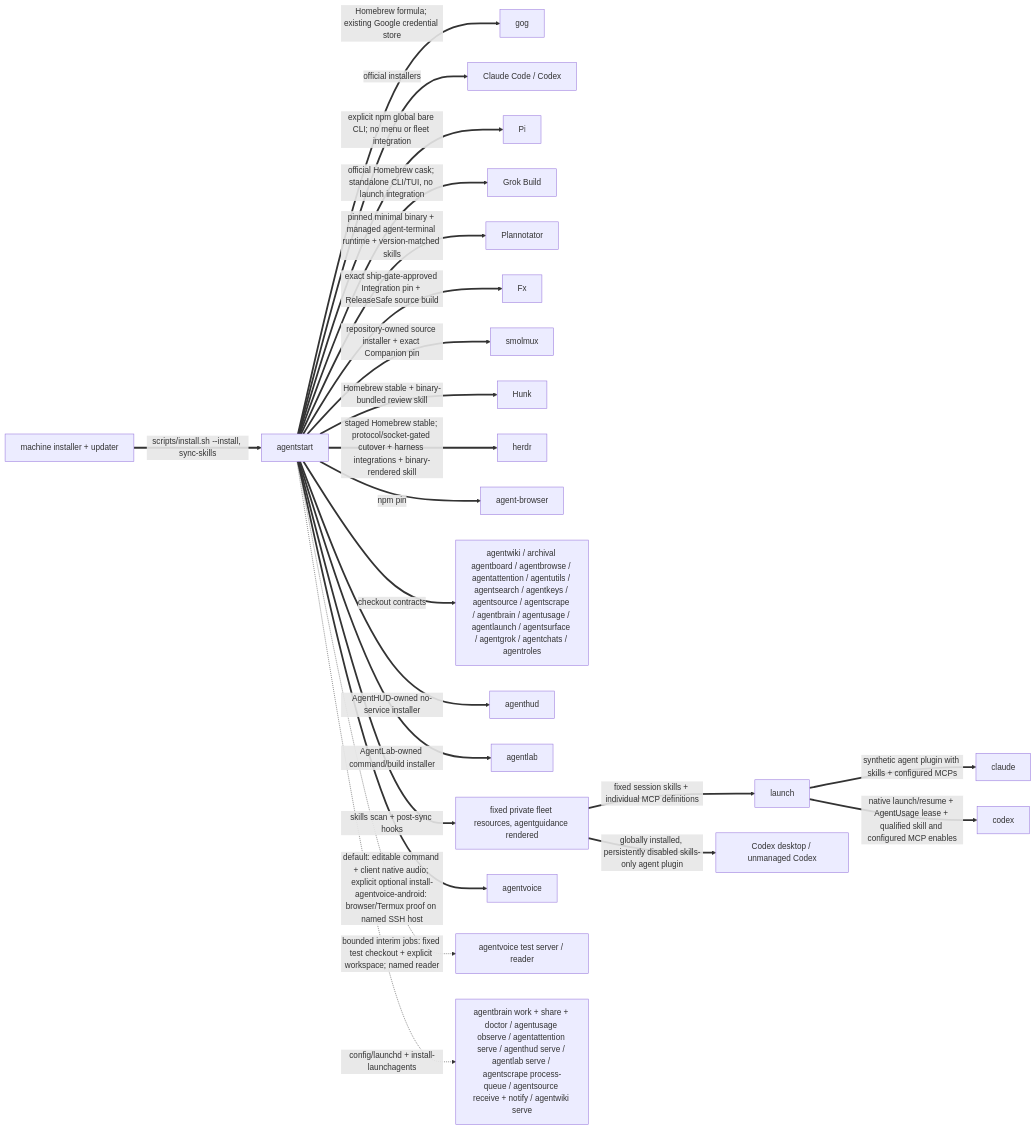
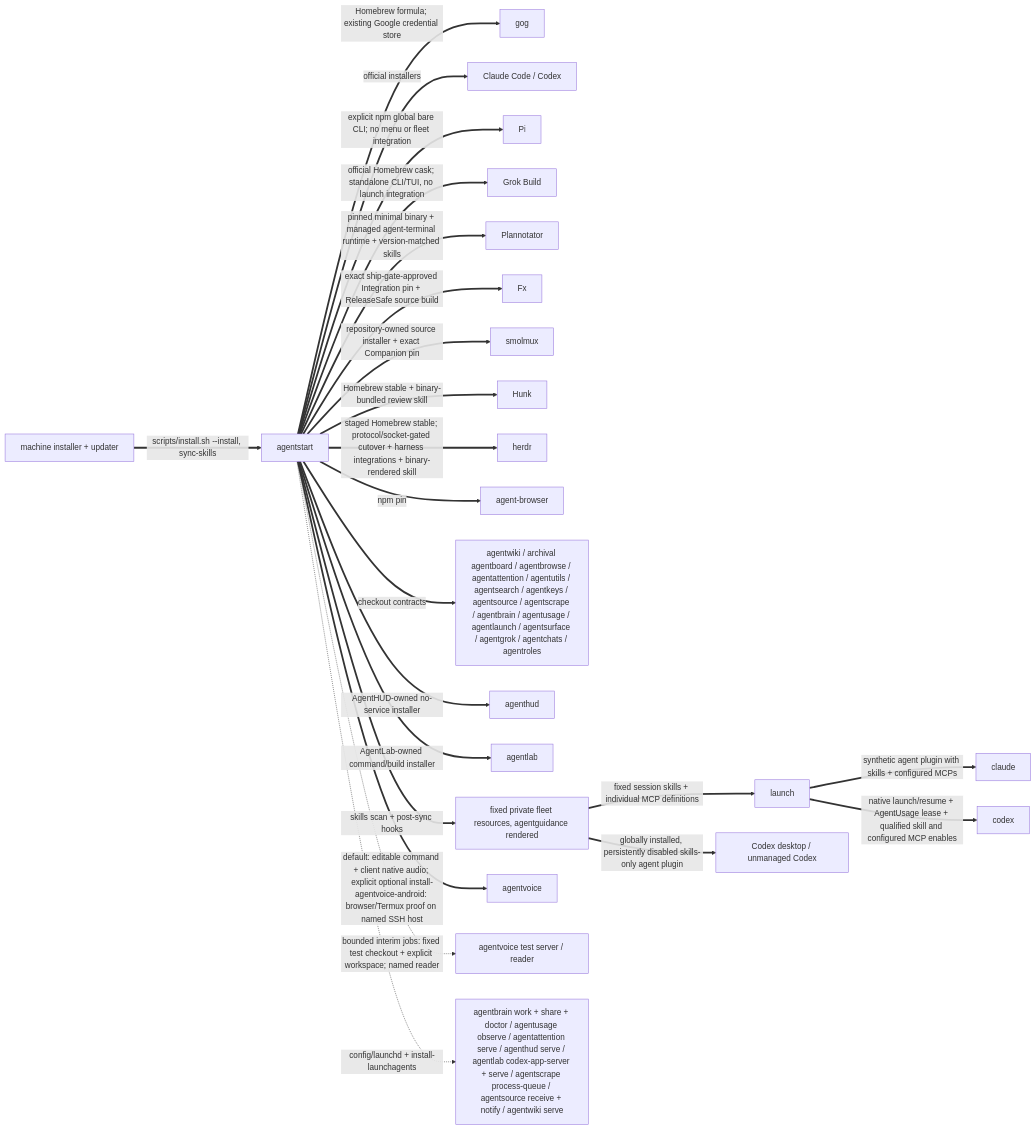
Before and after one commit to possibilities/agentstart: the second of 3 diagrams in skills/fleet/MAP.md, drawn with Mermaid. The commit also changed other lines of this file and 8 other files, not shown here.

````diff
--- a/skills/fleet/MAP.md
+++ b/skills/fleet/MAP.md
@@ -105,28 +107,28 @@
 ```mermaid
 flowchart LR
     machine[machine installer + updater]
     start[agentstart]
 
     machine ==>|scripts/install.sh --install, sync-skills| start
     start ==>|Homebrew formula; existing Google credential store| gog
     start ==>|official installers| harnesses[Claude Code / Codex]
     start ==>|explicit npm global bare CLI; no menu or fleet integration| pi[Pi]
     start ==>|official Homebrew cask; standalone CLI/TUI, no launch integration| grok[Grok Build]
     start ==>|pinned minimal binary + managed agent-terminal runtime + version-matched skills| plannotator[Plannotator]
     start ==>|exact ship-gate-approved Integration pin + ReleaseSafe source build| fx[Fx]
     start ==>|repository-owned source installer + exact Companion pin| smolmuxInstall[smolmux]
     start ==>|Homebrew stable + binary-bundled review skill| hunk[Hunk]
     start ==>|staged Homebrew stable; protocol/socket-gated cutover + harness integrations + binary-rendered skill| herdrInstall[herdr]
     start ==>|npm pin| browser[agent-browser]
     start ==>|checkout contracts| fleet[agentwiki / archival agentboard / agentbrowse / agentattention / agentutils / agentsearch / agentkeys / agentsource / agentscrape / agentbrain / agentusage / agentlaunch / agentsurface / agentgrok / agentchats / agentroles]
     start ==>|AgentHUD-owned no-service installer| hudInstall[agenthud]
     start ==>|AgentLab-owned command/build installer| labInstall[agentlab]
     start ==>|skills scan + post-sync hooks| skills[fixed private fleet resources, agentguidance rendered]
     start ==>|default: editable command + client native audio; explicit optional install-agentvoice-android: browser/Termux proof on named SSH host| voiceInstall[agentvoice]
     start -.->|bounded interim jobs: fixed test checkout + explicit workspace; named reader| voiceTest[agentvoice test server / reader]
     skills ==>|fixed session skills + individual MCP definitions| launch
     launch ==>|synthetic agent plugin with skills + configured MCPs| claude
     launch ==>|native launch/resume + AgentUsage lease + qualified skill and configured MCP enables| codex
     skills ==>|globally installed, persistently disabled skills-only agent plugin| codexDesktop[Codex desktop / unmanaged Codex]
-    start -.->|config/launchd + install-launchagents| services[agentbrain work + share + doctor / agentusage observe / agentattention serve / agenthud serve / agentlab serve / agentscrape process-queue / agentsource receive + notify / agentwiki serve]
+    start -.->|config/launchd + install-launchagents| services[agentbrain work + share + doctor / agentusage observe / agentattention serve / agenthud serve / agentlab codex-app-server + serve / agentscrape process-queue / agentsource receive + notify / agentwiki serve]
 ```
````
